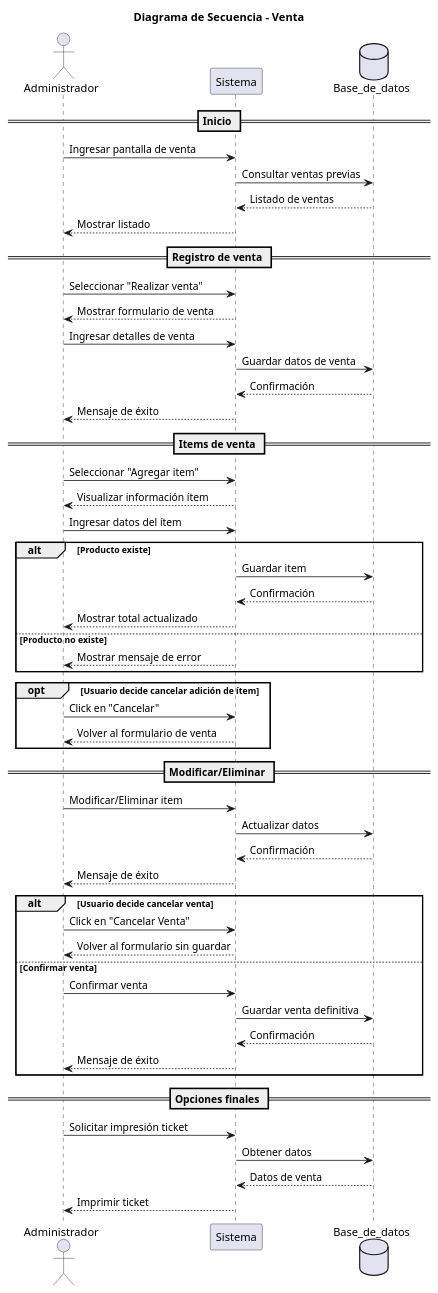
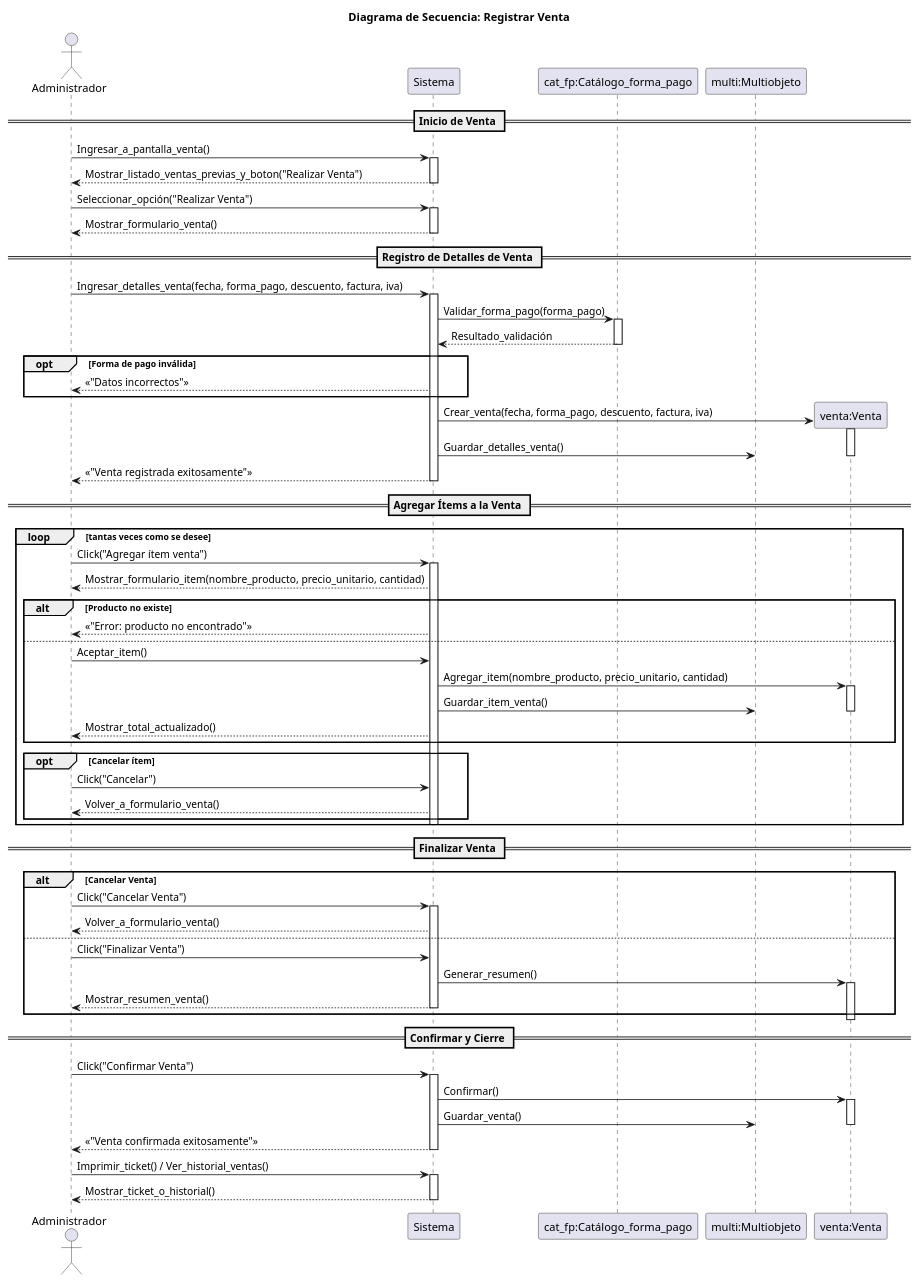
Before and after one commit to Luci1274/PPI_Proyecto_gomeria: the diagram in 08-Diagrama-secuencia/02_Venta.puml, drawn with PlantUML. The commit also changed other lines of this file and 2 other files, not shown here.

Commit message:
modificacion de diagrama venta

```diff
--- a/08-Diagrama-secuencia/02_Venta.puml
+++ b/08-Diagrama-secuencia/02_Venta.puml
@@ -1,71 +1,95 @@
-@startuml Venta
-title Diagrama de Secuencia - Venta
+@startuml venta
 
+title Diagrama de Secuencia: Registrar Venta
 
-actor Administrador as Admin
-participant Sistema as Sistema
-database Base_de_datos as BD
+actor Administrador
+participant Sistema
+participant "cat_fp:Catálogo_forma_pago" as Cat_fp
+participant "multi:Multiobjeto" as MULT
 
+== Inicio de Venta ==
+Administrador -> Sistema: Ingresar_a_pantalla_venta()
+activate Sistema
+Sistema --> Administrador: Mostrar_listado_ventas_previas_y_boton("Realizar Venta")
+deactivate Sistema
 
-== Inicio ==
-Admin -> Sistema: Ingresar pantalla de venta
-Sistema -> BD: Consultar ventas previas
-BD --> Sistema: Listado de ventas
-Sistema --> Admin: Mostrar listado
+Administrador -> Sistema: Seleccionar_opción("Realizar Venta")
+activate Sistema
+Sistema --> Administrador: Mostrar_formulario_venta()
+deactivate Sistema
 
+== Registro de Detalles de Venta ==
+Administrador -> Sistema: Ingresar_detalles_venta(fecha, forma_pago, descuento, factura, iva)
+activate Sistema
+Sistema -> Cat_fp: Validar_forma_pago(forma_pago)
+activate Cat_fp
+Cat_fp --> Sistema: Resultado_validación
+deactivate Cat_fp
 
-== Registro de venta ==
-Admin -> Sistema: Seleccionar "Realizar venta"
-Sistema --> Admin: Mostrar formulario de venta
-Admin -> Sistema: Ingresar detalles de venta
-Sistema -> BD: Guardar datos de venta
-BD --> Sistema: Confirmación
-Sistema --> Admin: Mensaje de éxito
-
-
-== Items de venta ==
-Admin -> Sistema: Seleccionar "Agregar item"
-Sistema --> Admin: Visualizar información ítem
-Admin -> Sistema: Ingresar datos del ítem
-
-
-alt Producto existe
-   Sistema -> BD: Guardar item
-   BD --> Sistema: Confirmación
-   Sistema --> Admin: Mostrar total actualizado
-else Producto no existe
-   Sistema --> Admin: Mostrar mensaje de error
+opt Forma de pago inválida
+    Sistema --> Administrador: <<"Datos incorrectos">>
 end
 
+create "venta:Venta" as V
+Sistema -> V: Crear_venta(fecha, forma_pago, descuento, factura, iva)
+activate V
+Sistema -> MULT: Guardar_detalles_venta()
+deactivate V
+Sistema --> Administrador: <<"Venta registrada exitosamente">>
+deactivate Sistema
 
-opt Usuario decide cancelar adición de ítem
-   Admin -> Sistema: Click en "Cancelar"
-   Sistema --> Admin: Volver al formulario de venta
+== Agregar Ítems a la Venta ==
+loop tantas veces como se desee
+    Administrador -> Sistema: Click("Agregar ítem venta")
+    activate Sistema
+    Sistema --> Administrador: Mostrar_formulario_item(nombre_producto, precio_unitario, cantidad)
+    
+    alt Producto no existe
+        Sistema --> Administrador: <<"Error: producto no encontrado">>
+    else
+        Administrador -> Sistema: Aceptar_item()
+        Sistema -> V: Agregar_item(nombre_producto, precio_unitario, cantidad)
+        activate V
+        Sistema -> MULT: Guardar_item_venta()
+        deactivate V
+        Sistema --> Administrador: Mostrar_total_actualizado()
+    end
+
+    opt Cancelar ítem
+        Administrador -> Sistema: Click("Cancelar")
+        Sistema --> Administrador: Volver_a_formulario_venta()
+    end
+    deactivate Sistema
 end
 
+== Finalizar Venta ==
+alt Cancelar Venta
+    Administrador -> Sistema: Click("Cancelar Venta")
+    activate Sistema
+    Sistema --> Administrador: Volver_a_formulario_venta()
+else
+    Administrador -> Sistema: Click("Finalizar Venta")
+    Sistema -> V: Generar_resumen()
+    activate V
+    Sistema --> Administrador: Mostrar_resumen_venta()
+    deactivate Sistema
+end
+deactivate V
 
-== Modificar/Eliminar ==
-Admin -> Sistema: Modificar/Eliminar item
-Sistema -> BD: Actualizar datos
-BD --> Sistema: Confirmación
-Sistema --> Admin: Mensaje de éxito
+== Confirmar y Cierre ==
+Administrador -> Sistema: Click("Confirmar Venta")
+activate Sistema
+Sistema -> V: Confirmar()
+activate V
+Sistema -> MULT: Guardar_venta()
+deactivate V
+Sistema --> Administrador: <<"Venta confirmada exitosamente">>
+deactivate Sistema
 
-alt Usuario decide cancelar venta
-   Admin -> Sistema: Click en "Cancelar Venta"
-   Sistema --> Admin: Volver al formulario sin guardar
-else Confirmar venta
-   Admin -> Sistema: Confirmar venta
-   Sistema -> BD: Guardar venta definitiva
-   BD --> Sistema: Confirmación
-   Sistema --> Admin: Mensaje de éxito
-end
+Administrador -> Sistema: Imprimir_ticket() / Ver_historial_ventas()
+activate Sistema
+Sistema --> Administrador: Mostrar_ticket_o_historial()
+deactivate Sistema
 
-
-== Opciones finales ==
-Admin -> Sistema: Solicitar impresión ticket
-Sistema -> BD: Obtener datos
-BD --> Sistema: Datos de venta
-Sistema --> Admin: Imprimir ticket
-
-
+deactivate V
 @enduml
```
